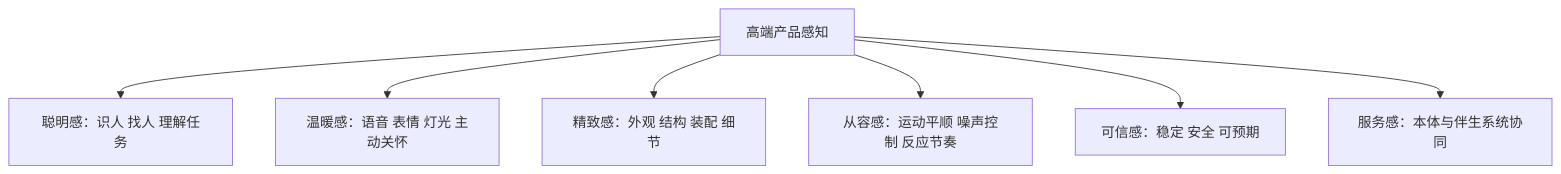
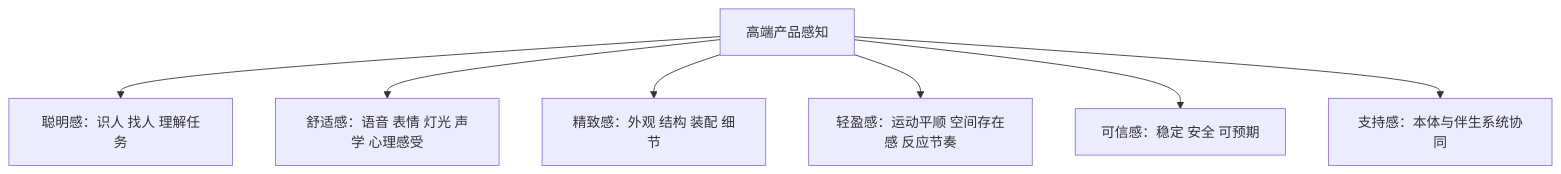
One commit to hlm12348765/Kinbot_OODA changed the fourth of 4 diagrams in docs/COST_STRUCTURE_AND_TECH_DOWNPATH.md. Above: the diagram before and after it, drawn with Mermaid. The commit also changed other lines of this file and 6 other files, not shown here.

````diff
--- a/docs/COST_STRUCTURE_AND_TECH_DOWNPATH.md
+++ b/docs/COST_STRUCTURE_AND_TECH_DOWNPATH.md
@@ -285,10 +285,10 @@
 ```mermaid
 flowchart TB
     P[高端产品感知]
     P --> P1[聪明感：识人 找人 理解任务]
-    P --> P2[温暖感：语音 表情 灯光 主动关怀]
+    P --> P2[舒适感：语音 表情 灯光 声学 心理感受]
     P --> P3[精致感：外观 结构 装配 细节]
-    P --> P4[从容感：运动平顺 噪声控制 反应节奏]
+    P --> P4[轻盈感：运动平顺 空间存在感 反应节奏]
     P --> P5[可信感：稳定 安全 可预期]
-    P --> P6[服务感：本体与伴生系统协同]
+    P --> P6[支持感：本体与伴生系统协同]
 ```
````
